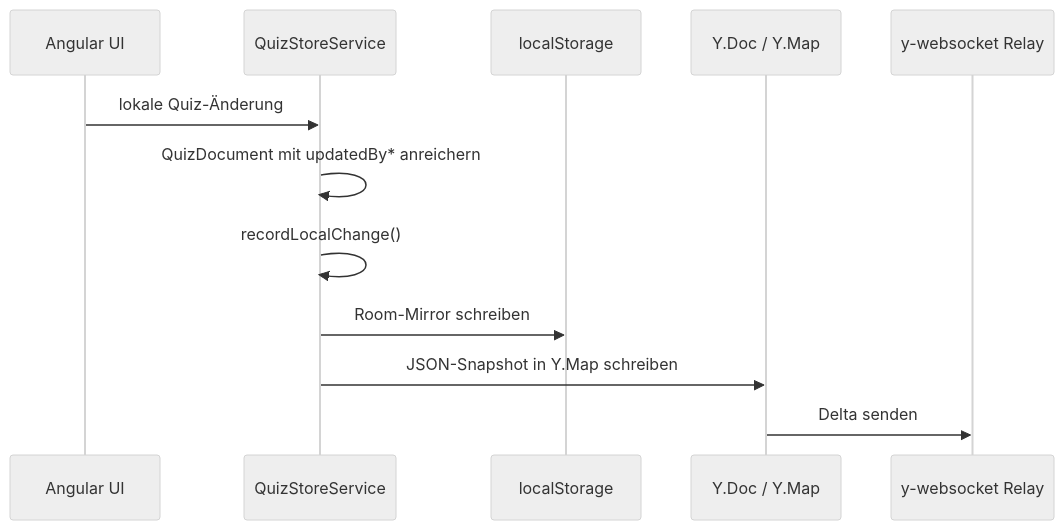
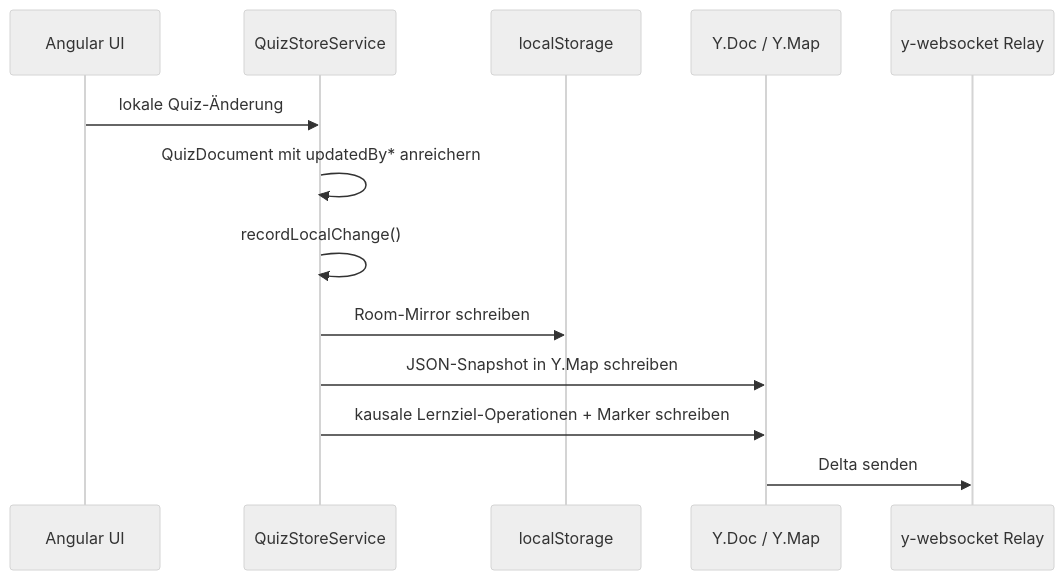
Before and after one commit to kqc-real/arsnova.eu: the third of 5 diagrams in docs/architecture/quiz-library-sync.md, drawn with Mermaid (neutral theme). The commit also changed other lines of this file and 71 other files, not shown here.

````diff
--- a/docs/architecture/quiz-library-sync.md
+++ b/docs/architecture/quiz-library-sync.md
@@ -272,15 +321,16 @@
 ```mermaid
 sequenceDiagram
     participant UI as Angular UI
     participant Store as QuizStoreService
     participant LS as localStorage
     participant Y as Y.Doc / Y.Map
     participant Relay as y-websocket Relay
 
     UI->>Store: lokale Quiz-Änderung
     Store->>Store: QuizDocument mit updatedBy* anreichern
     Store->>Store: recordLocalChange()
     Store->>LS: Room-Mirror schreiben
     Store->>Y: JSON-Snapshot in Y.Map schreiben
+    Store->>Y: kausale Lernziel-Operationen + Marker schreiben
     Y->>Relay: Delta senden
 ```
````
